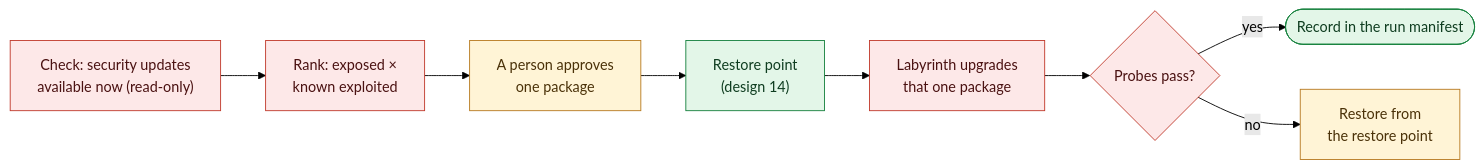
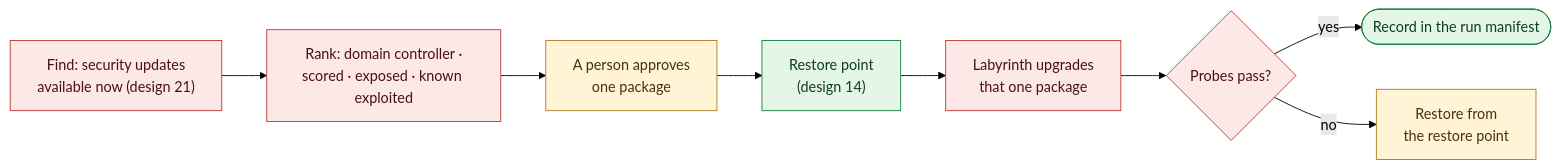
The diagram in docs/design/15-Patching-and-Service-Reduction.md (dotnetdork/Labyrinth), drawn with Mermaid (forest theme) before and after one commit. The commit also changed other lines of this file and 8 other files, not shown here.

First line of the commit message:
Track each known flaw until it is closed, and keep scored services up

````diff
--- a/docs/design/15-Patching-and-Service-Reduction.md
+++ b/docs/design/15-Patching-and-Service-Reduction.md
@@ -77,19 +59,19 @@
 ```mermaid
 flowchart LR
-    CK["Check: security updates<br/>available now (read-only)"] --> RK["Rank: exposed ×<br/>known exploited"]
+    CK["Find: security updates<br/>available now (design 21)"] --> RK["Rank: domain controller ·<br/>scored · exposed · known exploited"]
     RK --> PK["A person approves<br/>one package"]
     PK --> BK["Restore point<br/>(design 14)"]
     BK --> RUN["Labyrinth upgrades<br/>that one package"]
     RUN --> VF{"Probes pass?"}
     VF -->|yes| OK(["Record in the run manifest"])
     VF -->|no| RS["Restore from<br/>the restore point"]
     classDef lockout fill:#fde8e8,stroke:#c0392b,color:#4a1111
     classDef human fill:#fff4d6,stroke:#b7791f,color:#4a3108
     classDef sustain fill:#e3f6e8,stroke:#15803d,color:#0f3d20
     classDef ok fill:#e3f6e8,stroke:#15803d,color:#0f3d20
     class CK,RK,VF lockout
     class PK,RS human
     class RUN lockout
     class BK sustain
     class OK ok
 ```
````
